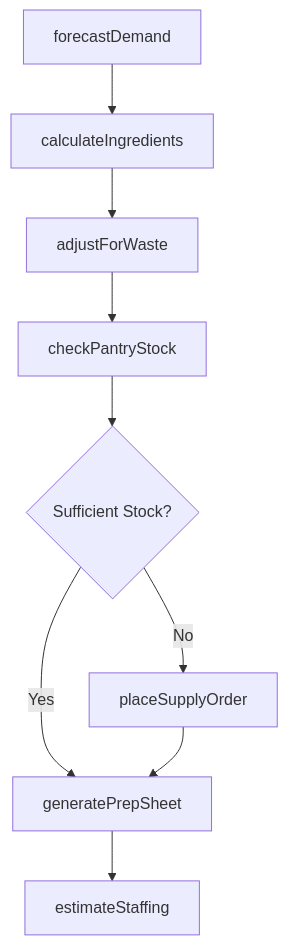
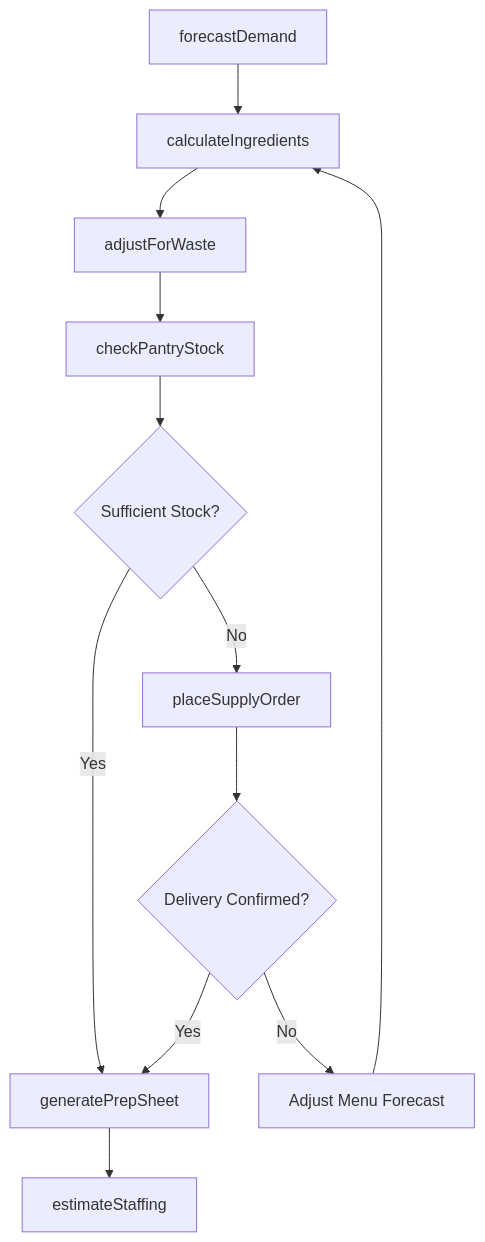
Before and after one commit to dot-org-ai/tasks.org.ai: the third of 4 diagrams in MakingDecisionsAndSolvingProblems/DetermineResourceNeedsOfProjectsOrOperations/EstimateSuppliesIngredientsStaffRequirements.mdx, drawn with Mermaid. The commit also changed other lines of this file and 504 other files, not shown here.

First line of the commit message:
feat: Add ER diagrams, state diagrams, and workflow improvements to 96 DWA task files

````diff
--- a/MakingDecisionsAndSolvingProblems/DetermineResourceNeedsOfProjectsOrOperations/EstimateSuppliesIngredientsStaffRequirements.mdx
+++ b/MakingDecisionsAndSolvingProblems/DetermineResourceNeedsOfProjectsOrOperations/EstimateSuppliesIngredientsStaffRequirements.mdx
@@ -85,11 +112,14 @@
 ```mermaid
 graph TD
     A[forecastDemand] --> B[calculateIngredients]
     B --> C[adjustForWaste]
     C --> D[checkPantryStock]
     D --> E{Sufficient Stock?}
     E -->|Yes| F[generatePrepSheet]
     E -->|No| G[placeSupplyOrder]
-    G --> F
-    F --> H[estimateStaffing]
+    G --> H{Delivery Confirmed?}
+    H -->|Yes| F
+    H -->|No| I[Adjust Menu Forecast]
+    I --> B
+    F --> J[estimateStaffing]
 ```
````
